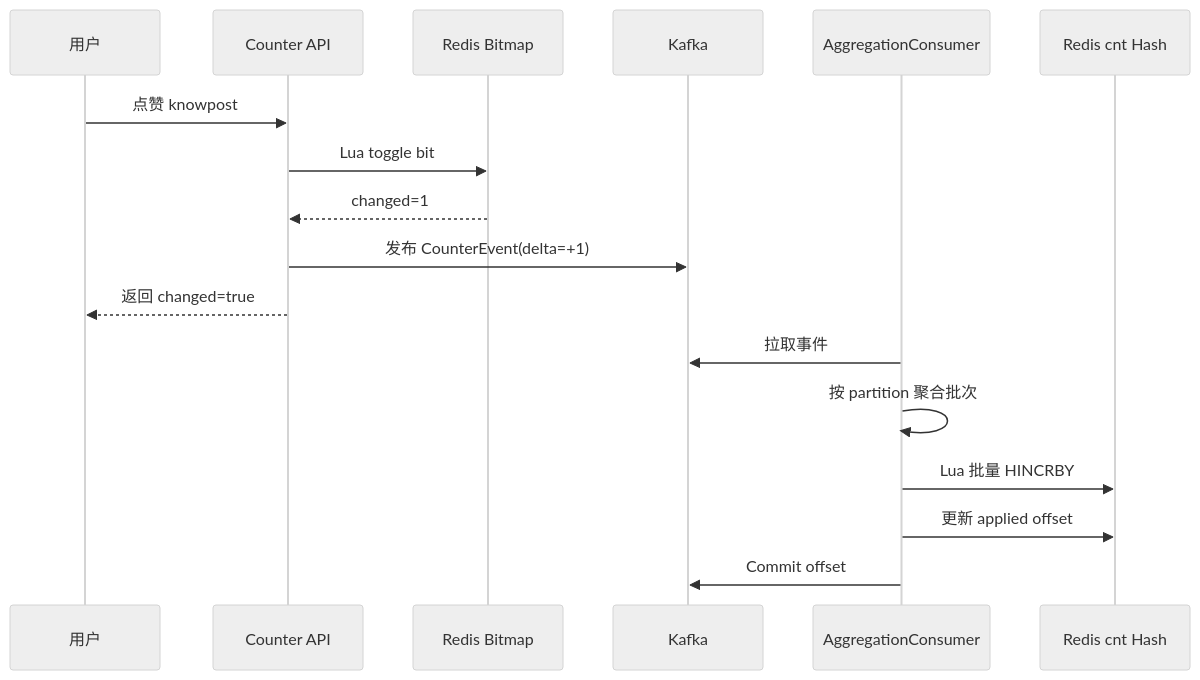
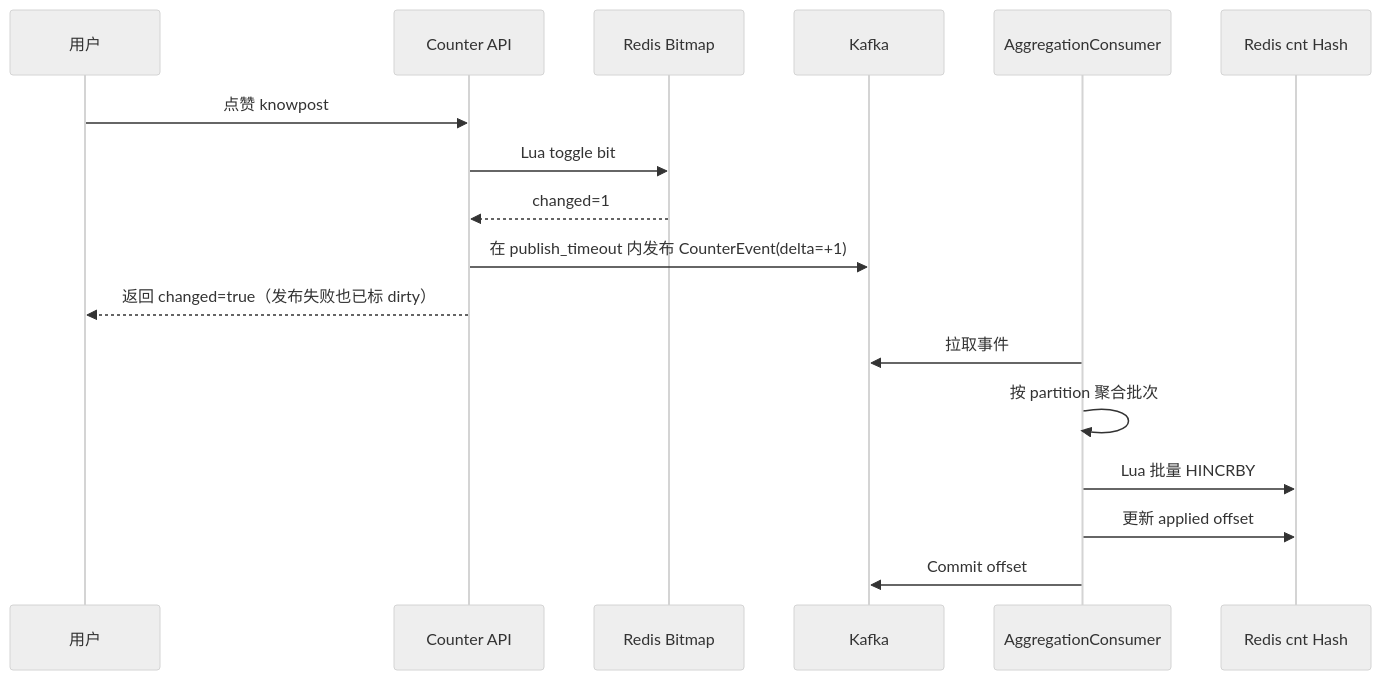
Before and after one commit to bitladykiller/zhiguang_go: diagram 12 of 15 in docs/modules/05-点赞收藏计数模块.md, drawn with Mermaid (neutral theme). The commit also changed other lines of this file and 11 other files, not shown here.

Commit message:
docs: 架构文档增强与纵向流程图

````diff
--- a/docs/modules/05-点赞收藏计数模块.md
+++ b/docs/modules/05-点赞收藏计数模块.md
@@ -704,20 +667,20 @@
 ```mermaid
 sequenceDiagram
     participant U as 用户
     participant API as Counter API
     participant R as Redis Bitmap
     participant K as Kafka
     participant C as AggregationConsumer
     participant H as Redis cnt Hash
 
     U->>API: 点赞 knowpost
     API->>R: Lua toggle bit
     R-->>API: changed=1
-    API->>K: 发布 CounterEvent(delta=+1)
-    API-->>U: 返回 changed=true
+    API->>K: 在 publish_timeout 内发布 CounterEvent(delta=+1)
+    API-->>U: 返回 changed=true（发布失败也已标 dirty）
     C->>K: 拉取事件
     C->>C: 按 partition 聚合批次
     C->>H: Lua 批量 HINCRBY
     C->>H: 更新 applied offset
     C->>K: Commit offset
 ```
````
